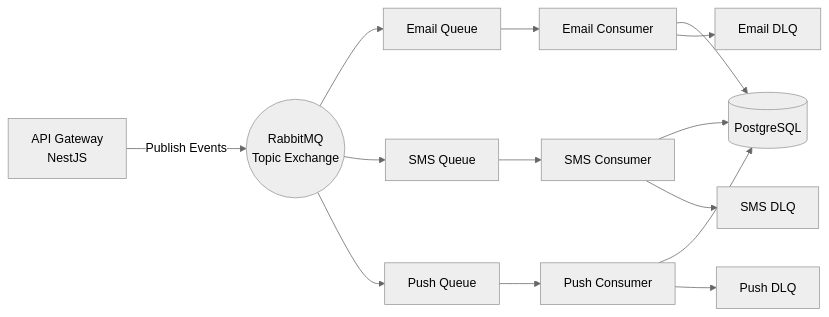
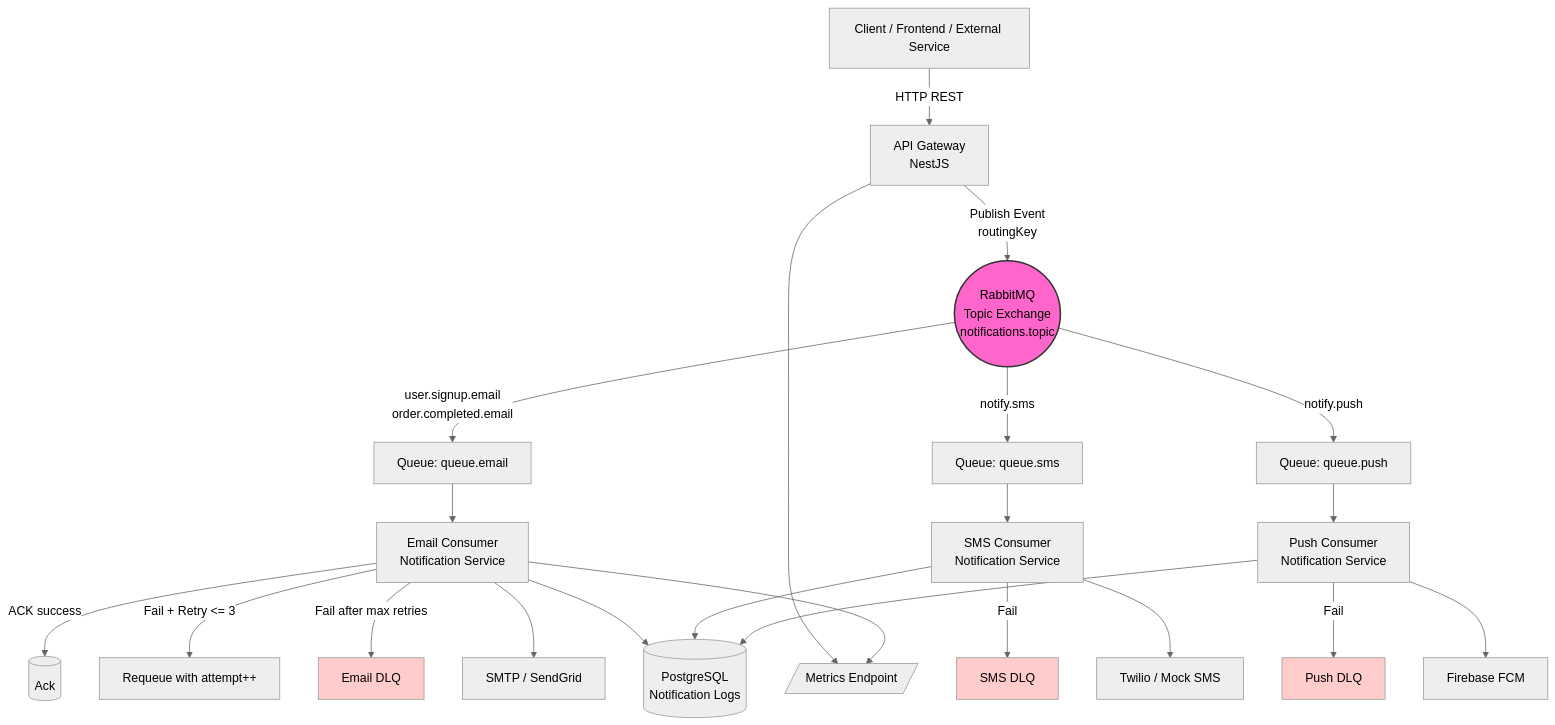
Before and after one commit to KPorus/RabbitMq: the diagram in README.md, drawn with Mermaid (neutral theme). The commit also changed 1 other file, not shown here.

Commit message:
update architecture

````diff
--- a/README.md
+++ b/README.md
@@ -52,20 +52,49 @@
 ```mermaid
-flowchart LR
-  A[API Gateway<br/>NestJS] -->|Publish Events| B((RabbitMQ<br/>Topic Exchange))
+flowchart TB
+    %% Clients
+    C[Client / Frontend / External Service]
 
-  B --> Q1[Email Queue]
-  B --> Q2[SMS Queue]
-  B --> Q3[Push Queue]
+    %% API Gateway
+    C -->|HTTP REST| API[API Gateway<br/>NestJS]
 
-  Q1 --> E[Email Consumer]
-  Q2 --> S[SMS Consumer]
-  Q3 --> P[Push Consumer]
+    %% Exchange
+    API -->|Publish Event<br/>routingKey| EX((RabbitMQ<br/>Topic Exchange<br/>notifications.topic))
 
-  E --> DB[(PostgreSQL)]
-  S --> DB
-  P --> DB
+    %% Routing
+    EX -->|user.signup.email<br/>order.completed.email| QEMAIL[Queue: queue.email]
+    EX -->|notify.sms| QSMS[Queue: queue.sms]
+    EX -->|notify.push| QPUSH[Queue: queue.push]
 
-  E --> DLQ1[Email DLQ]
-  S --> DLQ2[SMS DLQ]
-  P --> DLQ3[Push DLQ]
+    %% Consumers
+    QEMAIL --> EMAIL[Email Consumer<br/>Notification Service]
+    QSMS --> SMS[SMS Consumer<br/>Notification Service]
+    QPUSH --> PUSH[Push Consumer<br/>Notification Service]
+
+    %% Retry Logic
+    EMAIL -->|ACK success| ACK1[(Ack)]
+    EMAIL -->|Fail + Retry <= 3| RETRY1[Requeue with attempt++]
+    EMAIL -->|Fail after max retries| DLQEMAIL[Email DLQ]
+
+    SMS -->|Fail| DLQSMS[SMS DLQ]
+    PUSH -->|Fail| DLQPUSH[Push DLQ]
+
+    %% External Providers
+    EMAIL --> SMTP[SMTP / SendGrid]
+    SMS --> TWILIO[Twilio / Mock SMS]
+    PUSH --> FCM[Firebase FCM]
+
+    %% Database
+    EMAIL --> DB[(PostgreSQL<br/>Notification Logs)]
+    SMS --> DB
+    PUSH --> DB
+
+    %% Monitoring
+    API --> METRICS[/Metrics Endpoint/]
+    EMAIL --> METRICS
+
+    %% Styling
+    style EX fill:#f6c,stroke:#333,stroke-width:2px
+    style DLQEMAIL fill:#ffcccc
+    style DLQSMS fill:#ffcccc
+    style DLQPUSH fill:#ffcccc
 ```
````
